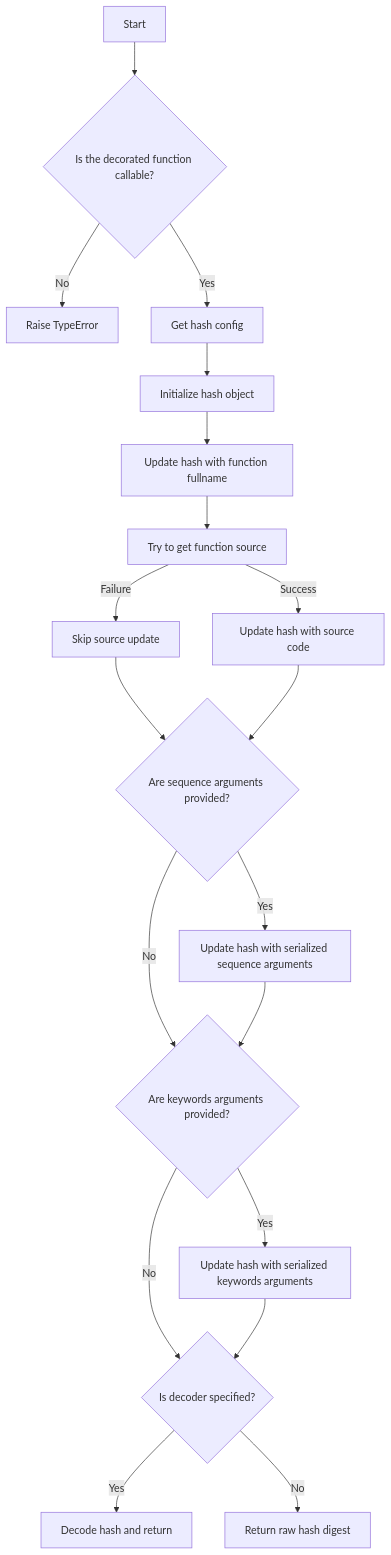
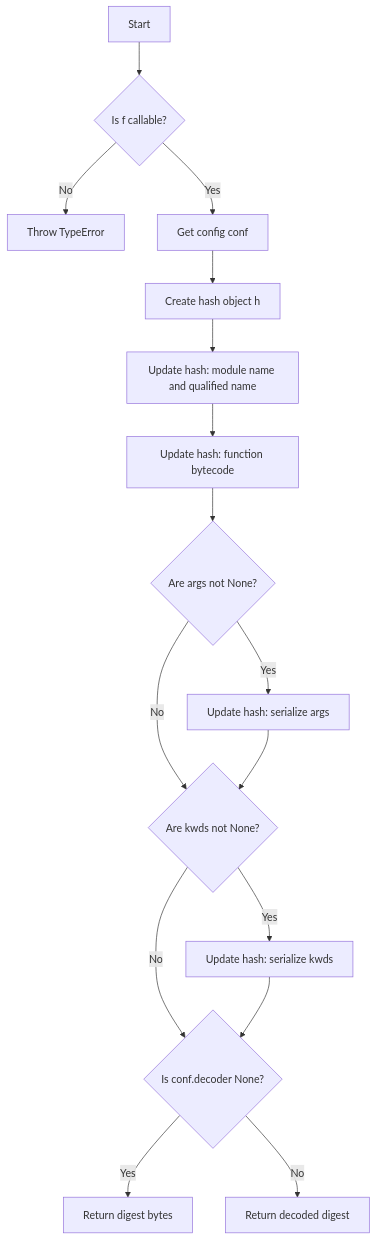
Before and after one commit to tanbro/redis_func_cache: the second of 2 diagrams in README.md, drawn with Mermaid. The commit also changed other lines of this file and 5 other files, not shown here.

First line of the commit message:
fix: ensure decorated functions are callable and improve hash calculation

````diff
--- a/README.md
+++ b/README.md
@@ -593,21 +590,18 @@
 ```mermaid
 flowchart TD
-    A[Start] --> B{Is the decorated function callable?}
-    B -->|No| C[Raise TypeError]
-    B -->|Yes| D[Get hash config]
-    D --> E[Initialize hash object]
-    E --> F[Update hash with function fullname]
-    F --> G[Try to get function source]
-    G -->|Success| H[Update hash with source code]
-    G -->|Failure| I[Skip source update]
-    I --> J{Are sequence arguments provided?}
-    H --> J
-    J -->|Yes| K[Update hash with serialized sequence arguments]
-    J -->|No| L{Are keywords arguments provided?}
+    A[Start] --> B{Is f callable?}
+    B -->|No| C[Throw TypeError]
+    B -->|Yes| D[Get config conf]
+    D --> E[Create hash object h]
+    E --> F[Update hash: module name and qualified name]
+    F --> G[Update hash: function bytecode]
+    G --> H{Are args not None?}
+    H -->|Yes| I[Update hash: serialize args]
+    H -->|No| J{Are kwds not None?}
+    I --> J
+    J -->|Yes| K[Update hash: serialize kwds]
+    J -->|No| L{Is conf.decoder None?}
     K --> L
-    L -->|Yes| M[Update hash with serialized keywords arguments]
-    L -->|No| N{Is decoder specified?}
-    M --> N
-    N -->|Yes| O[Decode hash and return]
-    N -->|No| P[Return raw hash digest]
+    L -->|Yes| M[Return digest bytes]
+    L -->|No| N[Return decoded digest]
 ```
````
